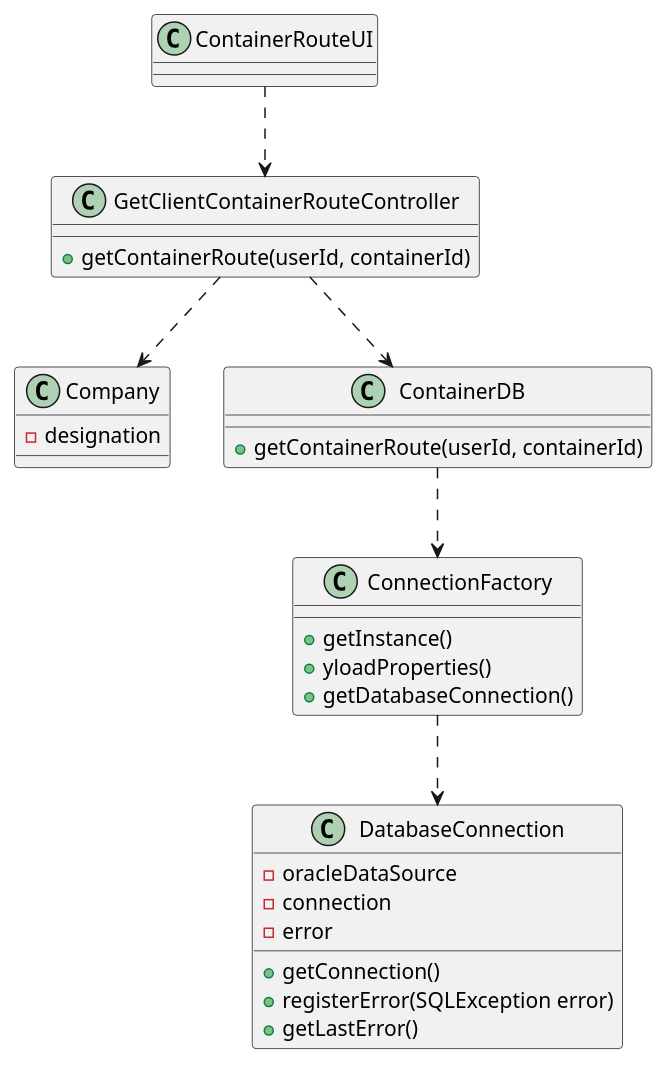
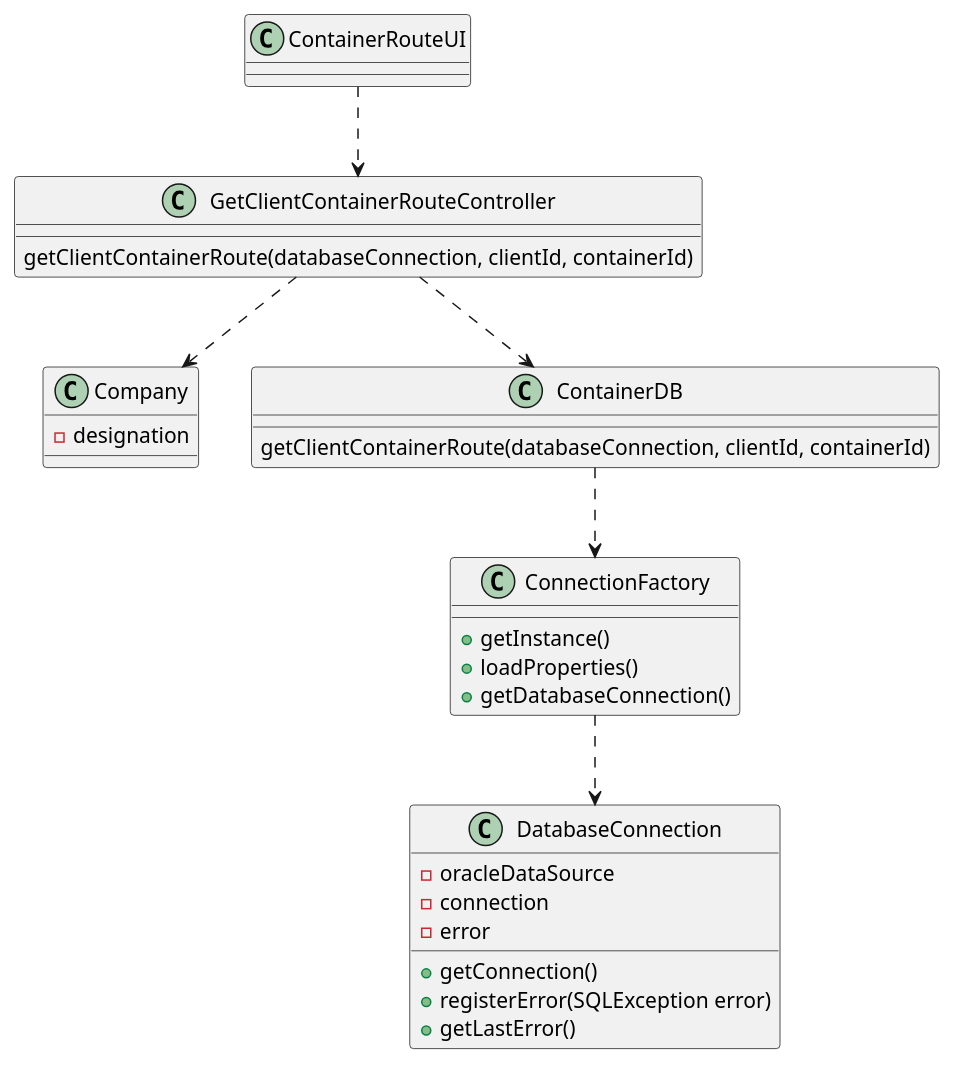
The diagram in docs/Sprint3/US305/US305_CD.puml (mpoboas/lapr3-2021-g102), drawn with PlantUML before and after one commit. The commit also changed 7 other files, not shown here.

```diff
--- a/docs/Sprint3/US305/US305_CD.puml
+++ b/docs/Sprint3/US305/US305_CD.puml
@@ -1,40 +1,40 @@
 @startuml
 'https://plantuml.com/class-diagram
 
 class Company {
 -designation
 }
 
 class ContainerRouteUI {
 }
 
 class GetClientContainerRouteController {
-+getContainerRoute(userId, containerId)
+getClientContainerRoute(databaseConnection, clientId, containerId)
 }
 
 class ContainerDB {
-+getContainerRoute(userId, containerId)
+getClientContainerRoute(databaseConnection, clientId, containerId)
 }
 
 class ConnectionFactory{
 +getInstance()
-+yloadProperties()
++loadProperties()
 +getDatabaseConnection()
 }
 
 class DatabaseConnection{
 -oracleDataSource
 -connection
 -error
 +getConnection()
 +registerError(SQLException error)
 +getLastError()
 }
 
 ContainerRouteUI ..> GetClientContainerRouteController
 GetClientContainerRouteController ..> ContainerDB
 GetClientContainerRouteController ..> Company
 ContainerDB ..> ConnectionFactory
 ConnectionFactory ..> DatabaseConnection
 
 @enduml
```
